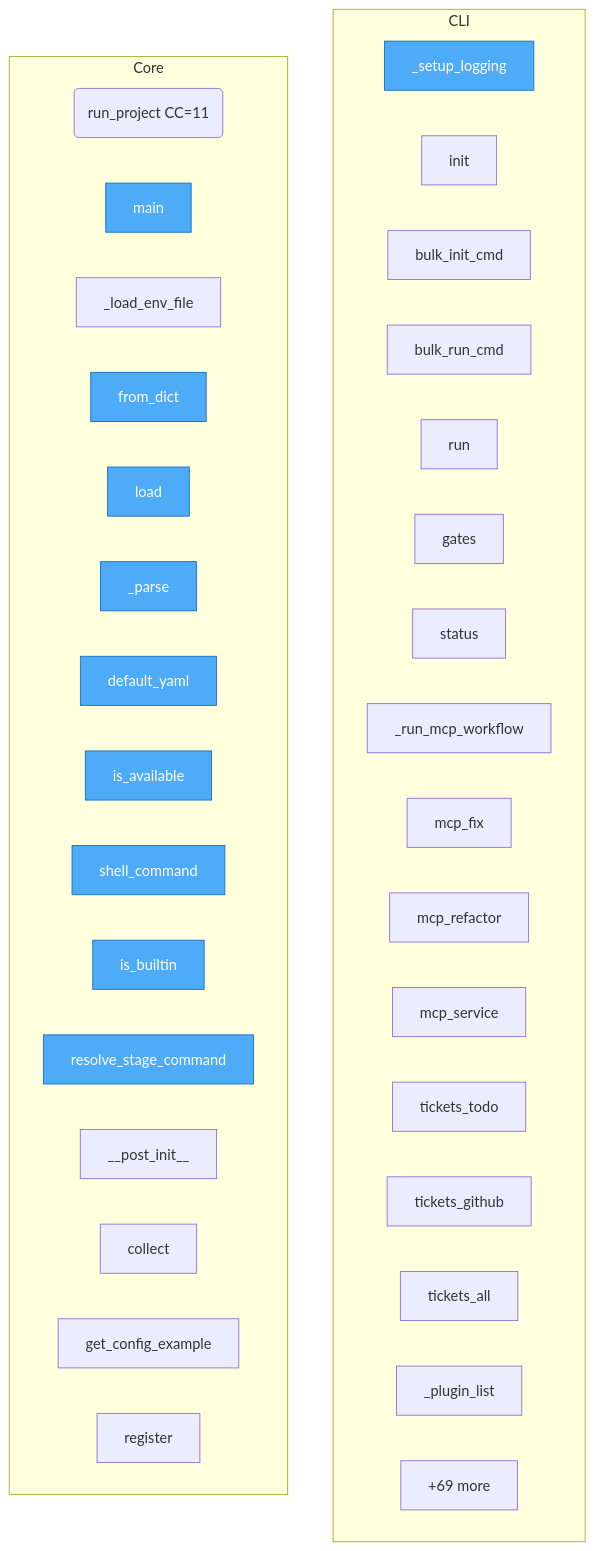
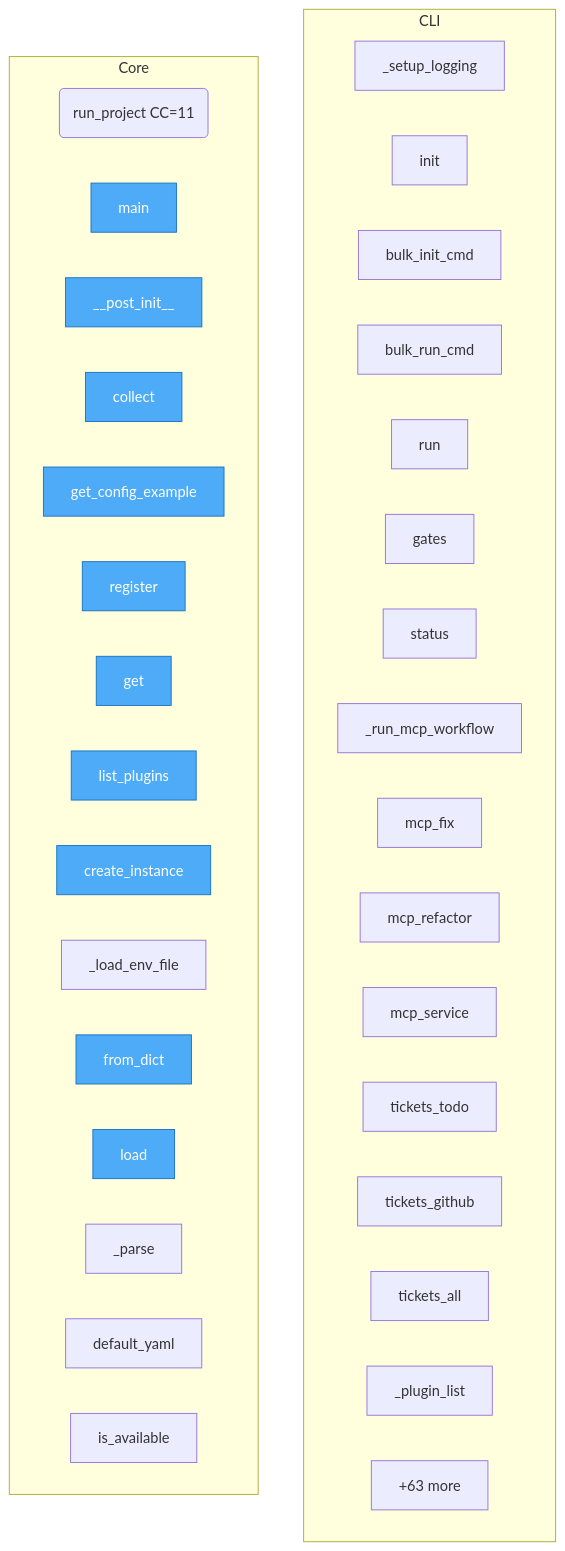
The diagram in project/flow.mmd (semcod/pyqual), drawn with Mermaid before and after one commit. The commit also changed 28 other files, not shown here.

```diff
--- a/project/flow.mmd
+++ b/project/flow.mmd
@@ -1,44 +1,44 @@
 flowchart TD
 
     %% Entry points (blue)
     classDef entry fill:#4dabf7,stroke:#1971c2,color:#fff
 
     subgraph CLI
         pyqual__cli___setup_logging["_setup_logging"]
         pyqual__cli__init["init"]
         pyqual__cli__bulk_init_cmd["bulk_init_cmd"]
         pyqual__cli__bulk_run_cmd["bulk_run_cmd"]
         pyqual__cli__run["run"]
         pyqual__cli__gates["gates"]
         pyqual__cli__status["status"]
         pyqual__cli___run_mcp_workflow["_run_mcp_workflow"]
         pyqual__cli__mcp_fix["mcp_fix"]
         pyqual__cli__mcp_refactor["mcp_refactor"]
         pyqual__cli__mcp_service["mcp_service"]
         pyqual__cli__tickets_todo["tickets_todo"]
         pyqual__cli__tickets_github["tickets_github"]
         pyqual__cli__tickets_all["tickets_all"]
         pyqual__cli___plugin_list["_plugin_list"]
-        ...["+12 more"]
+        ...["+13 more"]
     end
 
     subgraph Core
         run_analysis__run_project("run_project CC=11")
         run_analysis__main["main"]
+        pyqual__plugins__PluginMetadata____post_init__["__post_init__"]
+        pyqual__plugins__MetricCollector__collect["collect"]
+        pyqual__plugins__MetricCollector__get_config_example["get_config_example"]
+        pyqual__plugins__PluginRegistry__register["register"]
+        pyqual__plugins__PluginRegistry__get["get"]
+        pyqual__plugins__PluginRegistry__list_plugins["list_plugins"]
+        pyqual__plugins__PluginRegistry__create_instance["create_instance"]
         pyqual__config___load_env_file["_load_env_file"]
         pyqual__config__GateConfig__from_dict["from_dict"]
         pyqual__config__PyqualConfig__load["load"]
         pyqual__config__PyqualConfig___parse["_parse"]
         pyqual__config__PyqualConfig__default_yaml["default_yaml"]
         pyqual__tools__ToolPreset__is_available["is_available"]
-        pyqual__tools__ToolPreset__shell_command["shell_command"]
-        pyqual__tools__is_builtin["is_builtin"]
-        pyqual__tools__resolve_stage_command["resolve_stage_command"]
-        pyqual__plugins__PluginMetadata____post_init__["__post_init__"]
-        pyqual__plugins__MetricCollector__collect["collect"]
-        pyqual__plugins__MetricCollector__get_config_example["get_config_example"]
-        pyqual__plugins__PluginRegistry__register["register"]
-        ...["+69 more"]
+        ...["+63 more"]
     end
 
-    class run_analysis__main,pyqual__config__GateConfig__from_dict,pyqual__config__PyqualConfig__load,pyqual__config__PyqualConfig___parse,pyqual__config__PyqualConfig__default_yaml,pyqual__tools__ToolPreset__is_available,pyqual__tools__ToolPreset__shell_command,pyqual__tools__is_builtin,pyqual__tools__resolve_stage_command,pyqual__cli___setup_logging entry
+    class run_analysis__main,pyqual__plugins__PluginMetadata____post_init__,pyqual__plugins__MetricCollector__collect,pyqual__plugins__MetricCollector__get_config_example,pyqual__plugins__PluginRegistry__register,pyqual__plugins__PluginRegistry__get,pyqual__plugins__PluginRegistry__list_plugins,pyqual__plugins__PluginRegistry__create_instance,pyqual__config__GateConfig__from_dict,pyqual__config__PyqualConfig__load entry
```
